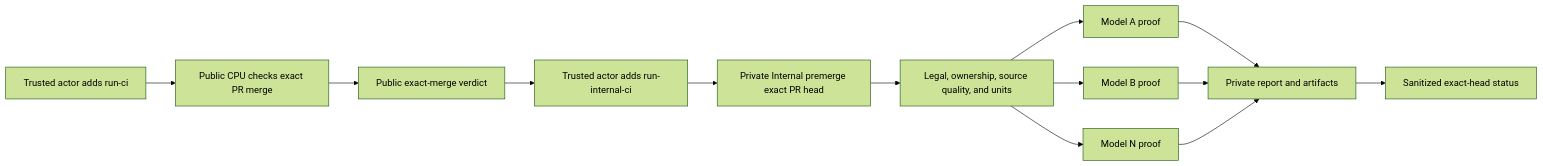
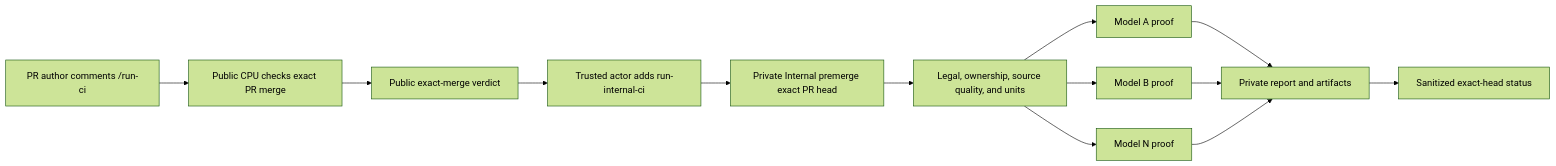
Before and after one commit to AbishekCoder1/TensorRT-Model-Connect: the diagram in tools/ci/README.md, drawn with Mermaid (forest theme). The commit also changed other lines of this file and 5 other files, not shown here.

````diff
--- a/tools/ci/README.md
+++ b/tools/ci/README.md
@@ -19,15 +19,15 @@
 ```mermaid
 flowchart LR
-    A[Trusted actor adds run-ci] --> B[Public CPU checks exact PR merge]
+    A[PR author comments /run-ci] --> B[Public CPU checks exact PR merge]
     B --> C[Public exact-merge verdict]
     C --> D[Trusted actor adds run-internal-ci]
     D --> E[Private Internal premerge exact PR head]
     E --> F[Legal, ownership, source quality, and units]
     F --> G1[Model A proof]
     F --> G2[Model B proof]
     F --> GN[Model N proof]
     G1 --> H[Private report and artifacts]
     G2 --> H
     GN --> H
     H --> I[Sanitized exact-head status]
 ```
````
